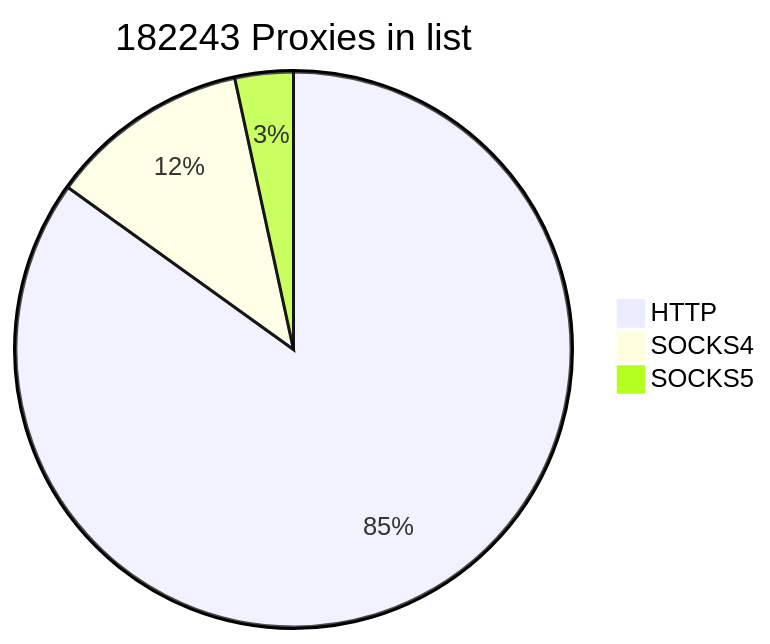
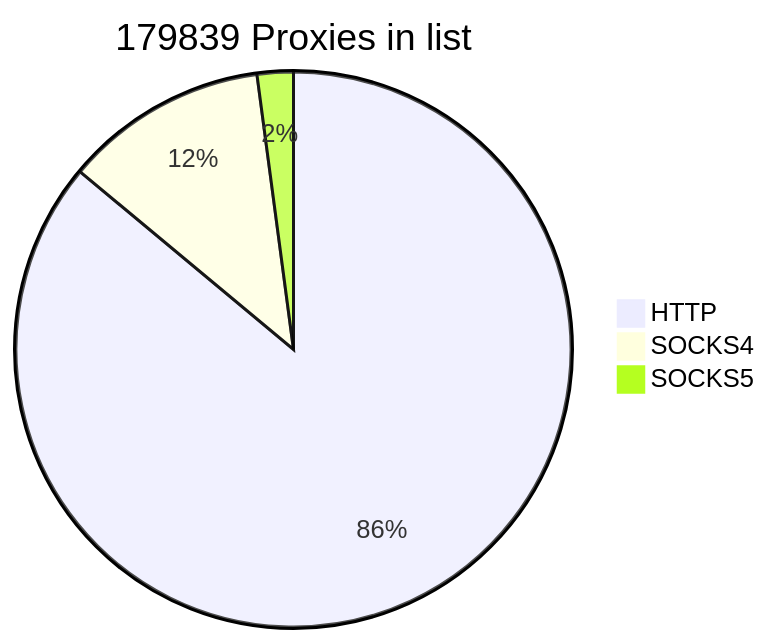
One commit to cutipu/proxylist changed the first of 2 diagrams in README.md. Above: the diagram before and after it, drawn with Mermaid. The commit also changed other lines of this file, not shown here.

````diff
--- a/README.md
+++ b/README.md
@@ -2,7 +2,7 @@
 ```mermaid
-pie title 182243 Proxies in list
+pie title 179839 Proxies in list
     "HTTP" : 154759
-    "SOCKS4" : 21297
-    "SOCKS5" : 6187
+    "SOCKS4" : 21296
+    "SOCKS5" : 3784
             
 ```
````
